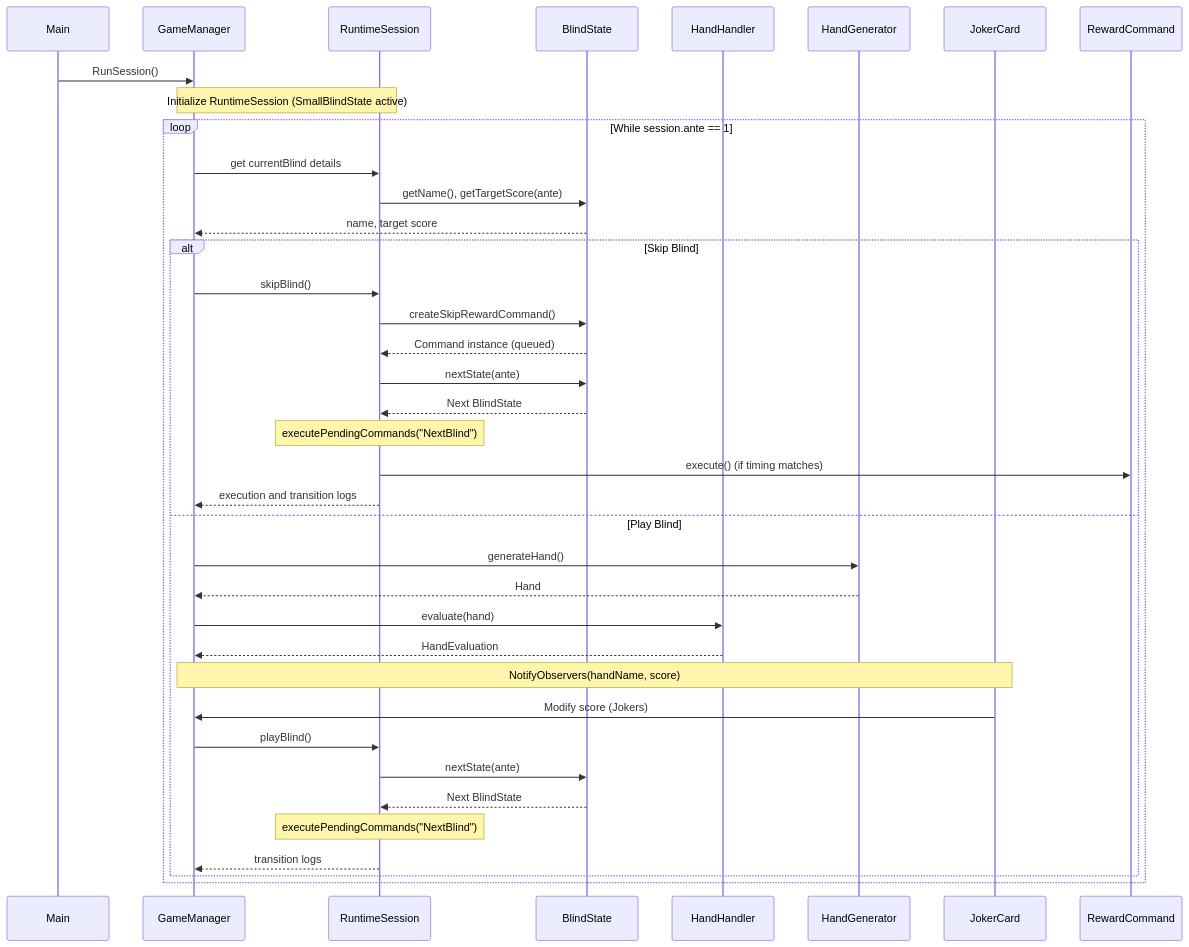
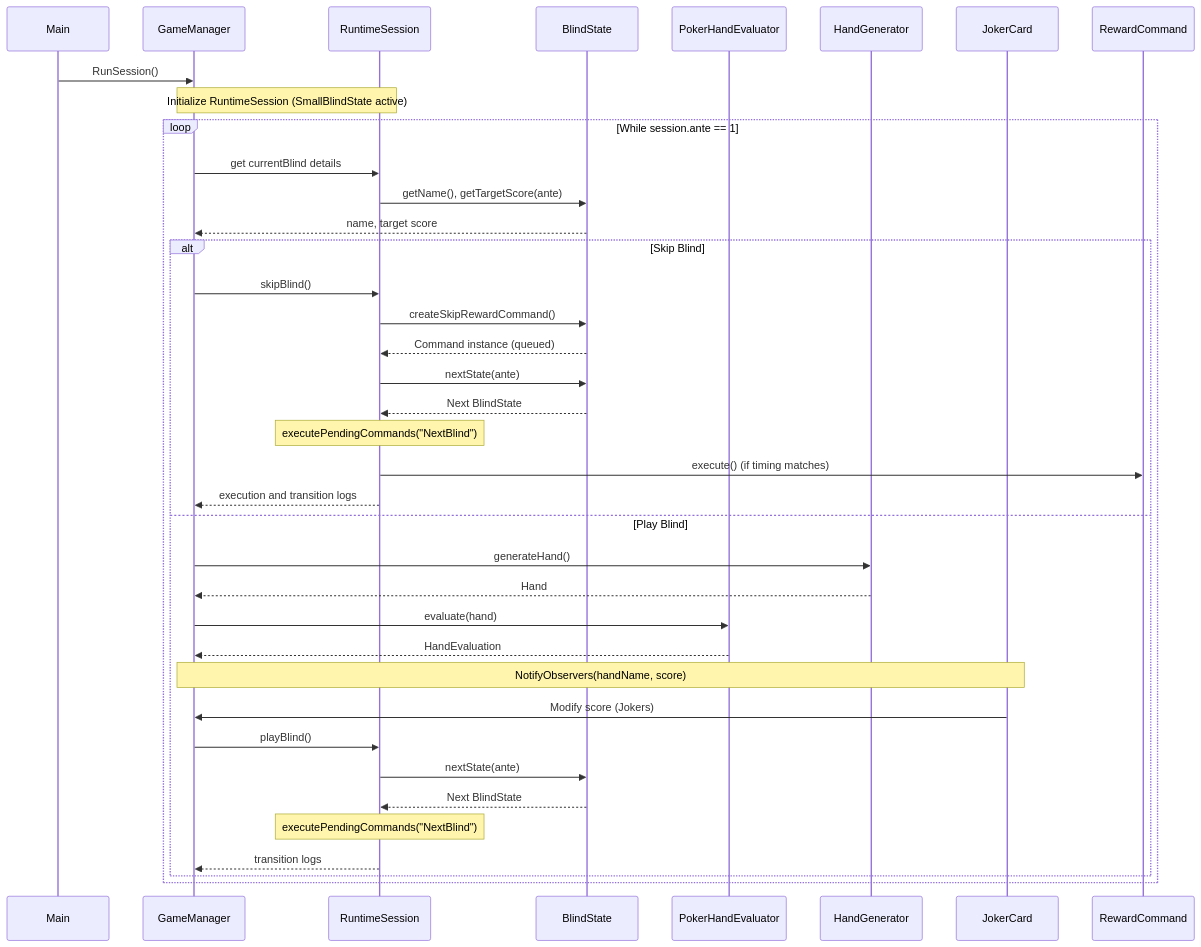
One commit to Amrhea/Kel.DesignPattern changed the diagram in docs/sequence-diagram.md. Above: the diagram before and after it, drawn with Mermaid. The commit also changed other lines of this file and 7 other files, not shown here.

````diff
--- a/docs/sequence-diagram.md
+++ b/docs/sequence-diagram.md
@@ -8,43 +8,43 @@
 ```mermaid
 sequenceDiagram
     participant Main
     participant GM as GameManager
     participant Session as RuntimeSession
     participant Blind as BlindState
-    participant HH as HandHandler
+    participant PHE as PokerHandEvaluator
     participant HG as HandGenerator
     participant Joker as JokerCard
     participant Cmd as RewardCommand
 
     Main->>GM: RunSession()
     Note over GM,Session: Initialize RuntimeSession (SmallBlindState active)
 
     loop While session.ante == 1
         GM->>Session: get currentBlind details
         Session->>Blind: getName(), getTargetScore(ante)
         Blind-->>GM: name, target score
 
         alt Skip Blind
             GM->>Session: skipBlind()
             Session->>Blind: createSkipRewardCommand()
             Blind-->>Session: Command instance (queued)
             Session->>Blind: nextState(ante)
             Blind-->>Session: Next BlindState
             Note over Session: executePendingCommands("NextBlind")
             Session->>Cmd: execute() (if timing matches)
             Session-->>GM: execution and transition logs
         else Play Blind
             GM->>HG: generateHand()
             HG-->>GM: Hand
-            GM->>HH: evaluate(hand)
-            HH-->>GM: HandEvaluation
+            GM->>PHE: evaluate(hand)
+            PHE-->>GM: HandEvaluation
             Note over GM,Joker: NotifyObservers(handName, score)
             Joker->>GM: Modify score (Jokers)
             GM->>Session: playBlind()
             Session->>Blind: nextState(ante)
             Blind-->>Session: Next BlindState
             Note over Session: executePendingCommands("NextBlind")
             Session-->>GM: transition logs
         end
     end
 ```
````
